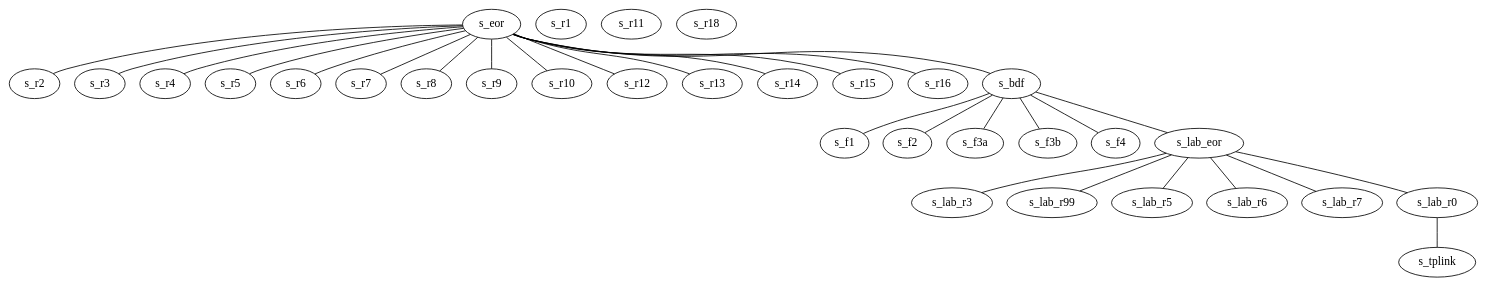
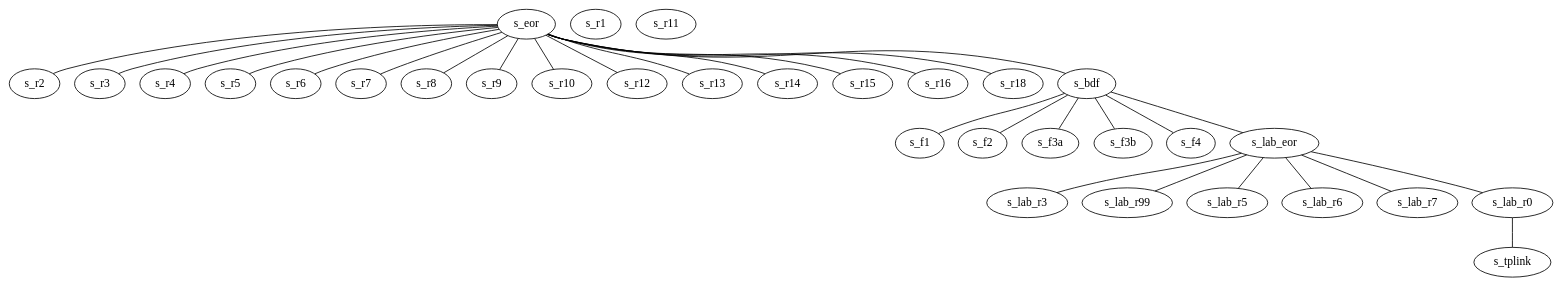
Before and after one commit to coscin/gates: the diagram in gates_topology.dot, drawn with Graphviz. The commit also changed 1 other file, not shown here.

```diff
--- a/gates_topology.dot
+++ b/gates_topology.dot
@@ -1,82 +1,82 @@
 /* gates_topology.dot
    Craig Riecke, CoSciN Developer/Analyst, June, 2015
 
    GraphViz format graph for the Gates OpenFlow #4 instance topology.  Used in both the gates_mininet.py 
    script and the learning_switch_app.py Frenetic app
    */ 
 strict graph gates {
   s_eor [ dpid=1125908103288861 ]; 
   s_r1  [ dpid=1125908103297789 ];
   s_r2  [ dpid=1284990276223830 ];
   s_r3  [ dpid=1284990276223836 ];
   s_r4  [ dpid=1284990276224367 ];
   s_r5  [ dpid=1284990276224415 ];
   s_r6  [ dpid=1284990276223782 ];
   s_r7  [ dpid=1284990276224424 ];
   s_r8  [ dpid=1284990276224331 ];
   s_r9  [ dpid=1284990276224418 ];
   s_r10 [ dpid=1284990276224328 ];
   s_r11 [ dpid=1284990276268919 ];
   s_r12 [ dpid=1284990276224409 ];
   s_r13 [ dpid=1284990276224322 ];
   s_r14 [ dpid=1284990276224385 ];
   s_r15 [ dpid=1284990276224421 ];
   s_r16 [ dpid=1284990276230355 ];
-  s_r18 [ dpid=1284990276224325 ];
+  s_r18 [ dpid=1284990276230274 ];
   s_bdf [ dpid=1125908108270984 ] ;
   s_f1  [ dpid=1125908103260016 ] ;
-  /* Seems to have been replaced  */
   s_f2  [ dpid=1125908103297849 ] ; 
   s_f3a [ dpid=1125908103297804 ] ;
   s_f3b [ dpid=1125908103297660 ] ;
   s_f4  [ dpid=1125908103297765 ] ;
   s_lab_eor [ dpid=1125908103289164 ] ;
   s_lab_r3  [ dpid=1284990276224316 ] ;
   s_lab_r99 [ dpid=1284990276223788 ] ;
   s_lab_r5  [ dpid=1284990276220716 ] ;
   s_lab_r6  [ dpid=1284990276223779 ] ;
   s_lab_r7  [ dpid=1284990276223785 ] ;
   s_lab_r0  [ dpid=1284990276223803 ] ;
   s_tplink  [ dpid=1 ];
 
   /* Server room end-of-rack switch hooks the server room rack servers in a star */
   /* s_r1 is not connected */
   s_eor -- s_r2  [ src_port = 3,  dport = 49 ];
   s_eor -- s_r3  [ src_port = 5,  dport = 49 ];
   s_eor -- s_r4  [ src_port = 7,  dport = 49 ];
   s_eor -- s_r5  [ src_port = 9,  dport = 49 ];
   s_eor -- s_r6  [ src_port = 11, dport = 49 ];
   s_eor -- s_r7  [ src_port = 13, dport = 49 ];
   s_eor -- s_r8  [ src_port = 15, dport = 49 ];
   s_eor -- s_r9  [ src_port = 17, dport = 49 ];
   s_eor -- s_r10 [ src_port = 19, dport = 49 ];
   /* s_r11 is not connected */
   s_eor -- s_r12 [ src_port = 23, dport = 49 ];
   s_eor -- s_r13 [ src_port = 25, dport = 49 ];
   s_eor -- s_r14 [ src_port = 27, dport = 49 ];
   s_eor -- s_r15 [ src_port = 29, dport = 49 ];
   s_eor -- s_r16 [ src_port = 31, dport = 49 ];
-  /* s_r18 is not connected */
+  /* s_r17 does not exist */
+  s_eor -- s_r18 [ src_port = 41; dport = 49 ];
 
   /* Floor switches are connected in a star to s_bdf */
   s_bdf -- s_f1  [ src_port = 9,  dport = 47 ];
   s_bdf -- s_f2  [ src_port = 17, dport = 47 ];
   s_bdf -- s_f3a [ src_port = 23, dport = 47 ];
   s_bdf -- s_f3b [ src_port = 31, dport = 47 ];
   s_bdf -- s_f4  [ src_port = 37, dport = 47 ];
 
   /* Syslab switches are connected in a star to s_lab_eor */
   s_lab_eor -- s_lab_r0  [ src_port = 9,  dport = 49 ];
   s_lab_eor -- s_lab_r3  [ src_port = 21,  dport = 49 ];
   s_lab_eor -- s_lab_r99 [ src_port = 19,  dport = 49 ];
   s_lab_eor -- s_lab_r5  [ src_port = 41,  dport = 49 ];
   s_lab_eor -- s_lab_r6  [ src_port = 29,  dport = 49 ];
   s_lab_eor -- s_lab_r7  [ src_port = 31,  dport = 49 ];
 
   /* Links between stars */
   s_eor -- s_bdf  [ src_port = 47,  dport = 47 ];
   s_bdf -- s_lab_eor [ src_port = 45, dport = 47 ];
 
   /* The tplink is an odd duck, connected as its own star */
   s_lab_r0 -- s_tplink [ src_port = 34, dport = 1 ];
 }
```
